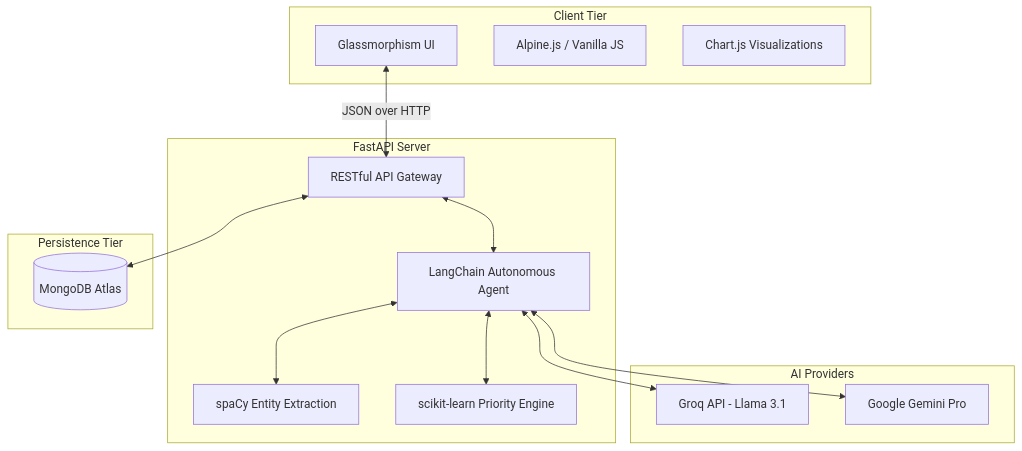
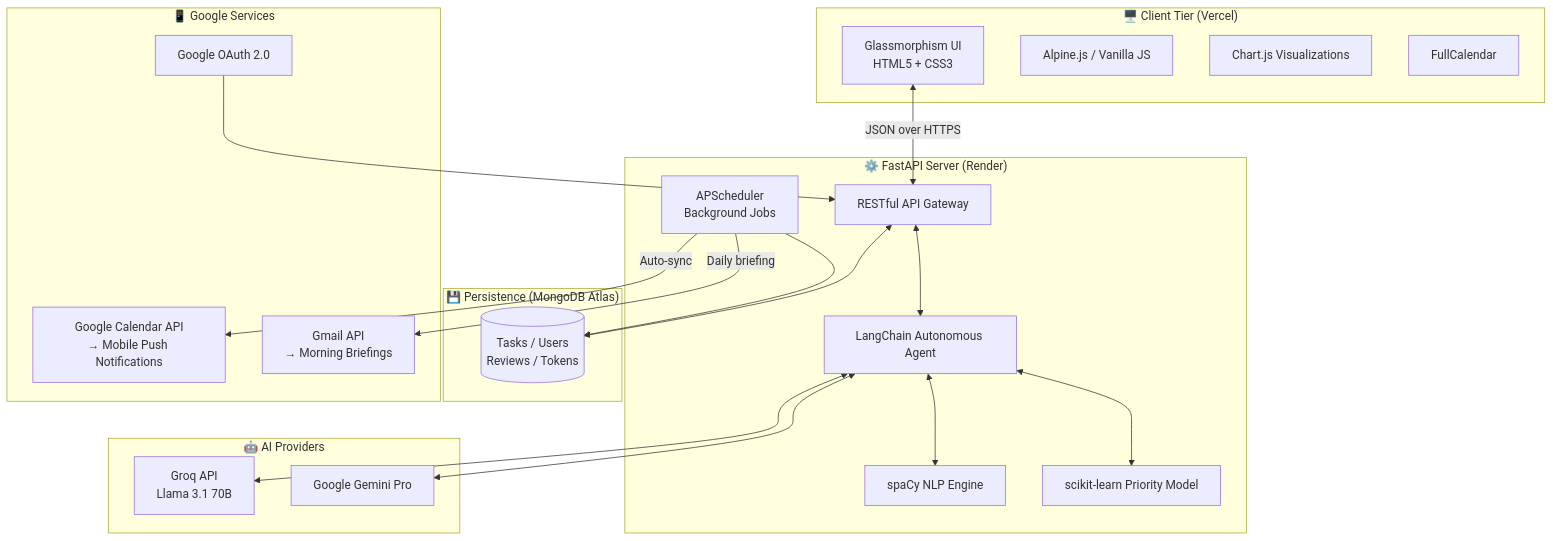
One commit to vignesh-DA/Lifeos changed the diagram in README.md. Above: the diagram before and after it, drawn with Mermaid. The commit also changed other lines of this file and 3 other files, not shown here.

````diff
--- a/README.md
+++ b/README.md
@@ -58,32 +85,44 @@
 ```mermaid
 graph TD
-    subgraph Frontend [Client Tier]
-        UI[Glassmorphism UI]
-        State[Alpine.js / Vanilla JS]
-        Charts[Chart.js Visualizations]
+    subgraph Frontend ["🖥️ Client Tier (Vercel)"]
+        UI["Glassmorphism UI\nHTML5 + CSS3"]
+        State["Alpine.js / Vanilla JS"]
+        Charts["Chart.js Visualizations"]
+        Cal["FullCalendar"]
     end
 
-    subgraph Backend [FastAPI Server]
-        API[RESTful API Gateway]
-        Agent[LangChain Autonomous Agent]
-        NLP[spaCy Entity Extraction]
-        ML[scikit-learn Priority Engine]
+    subgraph Backend ["⚙️ FastAPI Server (Render)"]
+        API["RESTful API Gateway"]
+        Agent["LangChain Autonomous Agent"]
+        NLP["spaCy NLP Engine"]
+        ML["scikit-learn Priority Model"]
+        Sched["APScheduler\nBackground Jobs"]
     end
 
-    subgraph Data [Persistence Tier]
-        Mongo[(MongoDB Atlas)]
+    subgraph Data ["💾 Persistence (MongoDB Atlas)"]
+        Mongo[("Tasks / Users\nReviews / Tokens")]
     end
 
-    subgraph External [AI Providers]
-        Groq[Groq API - Llama 3.1]
-        Gemini[Google Gemini Pro]
+    subgraph Google ["📱 Google Services"]
+        GCal["Google Calendar API\n→ Mobile Push Notifications"]
+        Gmail["Gmail API\n→ Morning Briefings"]
+        OAuth["Google OAuth 2.0"]
     end
 
-    UI <-->|JSON over HTTP| API
+    subgraph AI ["🤖 AI Providers"]
+        Groq["Groq API\nLlama 3.1 70B"]
+        Gemini["Google Gemini Pro"]
+    end
+
+    UI <-->|JSON over HTTPS| API
     API <--> Agent
     Agent <--> NLP
     Agent <--> ML
     API <--> Mongo
+    Sched --> Mongo
+    Sched -->|Auto-sync| GCal
+    Sched -->|Daily briefing| Gmail
     Agent <--> Groq
     Agent <--> Gemini
+    OAuth --> API
 ```
````
